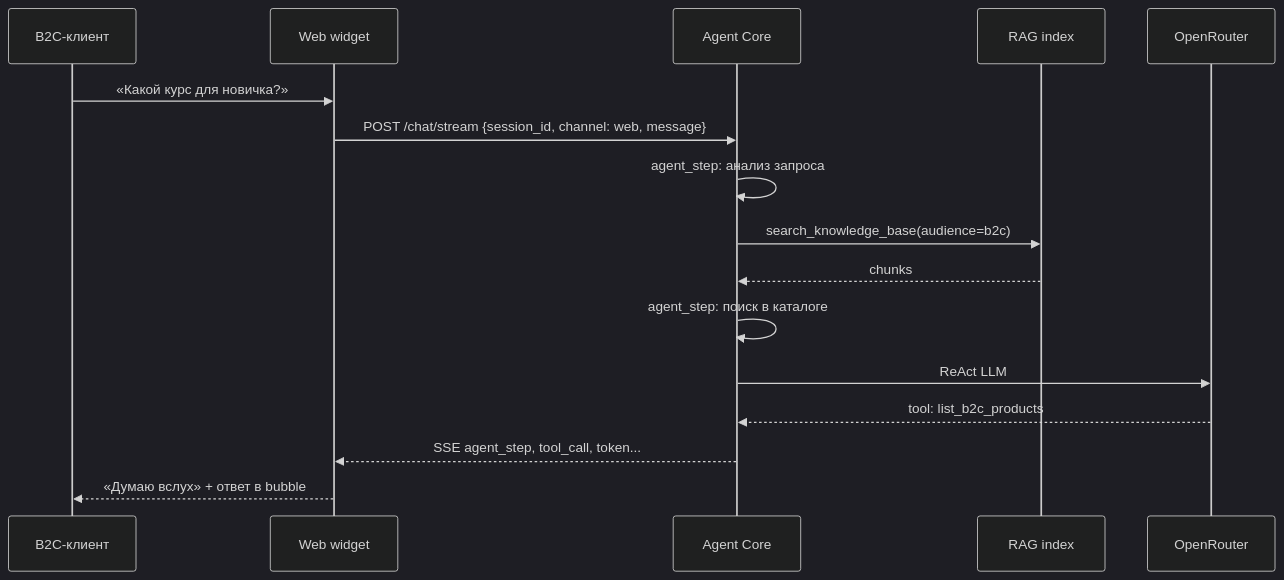
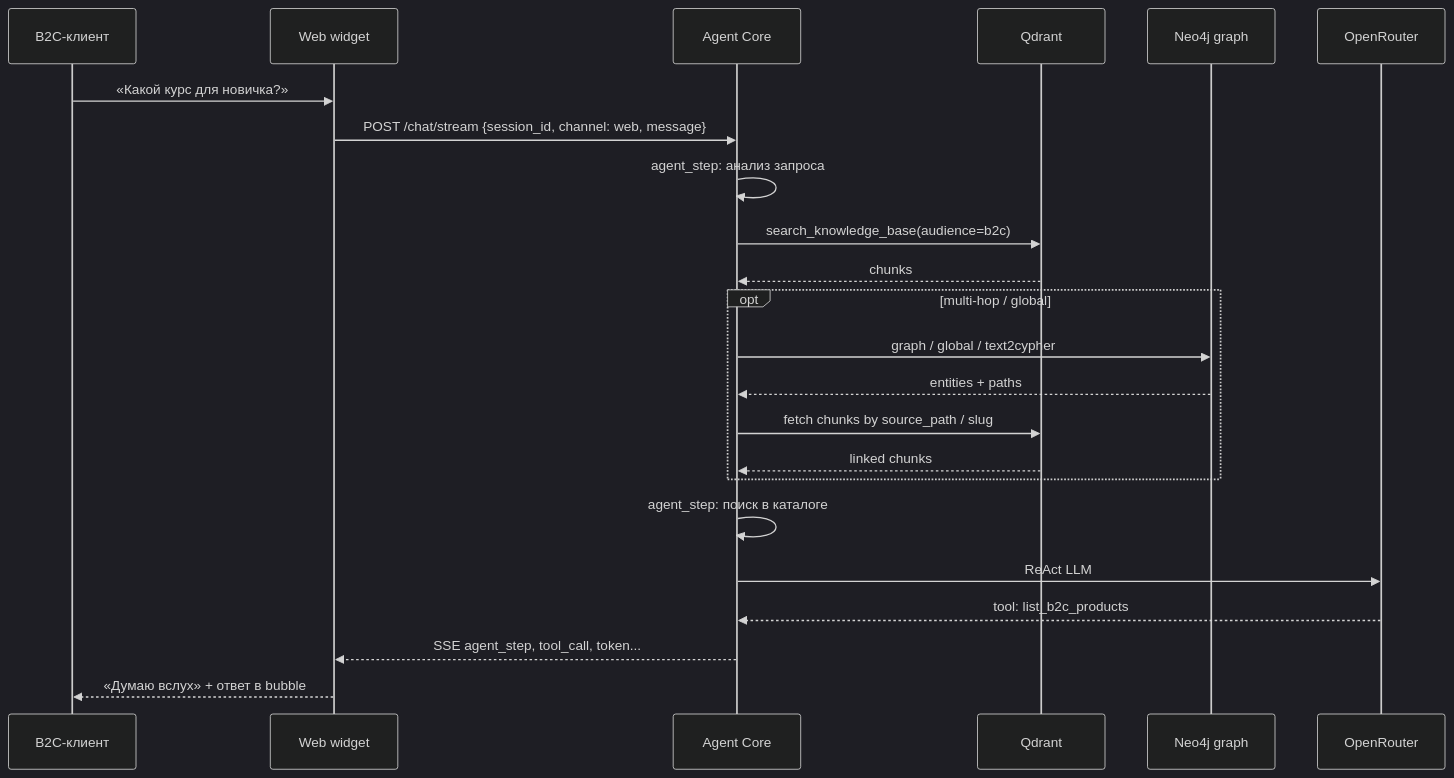
Before and after one commit to apfisenko/Deep-Agents-Live: the second of 8 diagrams in Docs/concept/architecture.md, drawn with Mermaid (dark theme). The commit also changed other lines of this file and 96 other files, not shown here.

````diff
--- a/Docs/concept/architecture.md
+++ b/Docs/concept/architecture.md
@@ -98,19 +108,26 @@
 ```mermaid
 sequenceDiagram
     participant U as B2C-клиент
     participant W as Web widget
     participant B as Agent Core
-    participant R as RAG index
+    participant Q as Qdrant
+    participant G as Neo4j graph
     participant L as OpenRouter
 
     U->>W: «Какой курс для новичка?»
     W->>B: POST /chat/stream {session_id, channel: web, message}
     B->>B: agent_step: анализ запроса
-    B->>R: search_knowledge_base(audience=b2c)
-    R-->>B: chunks
+    B->>Q: search_knowledge_base(audience=b2c)
+    Q-->>B: chunks
+    opt multi-hop / global
+        B->>G: graph / global / text2cypher
+        G-->>B: entities + paths
+        B->>Q: fetch chunks by source_path / slug
+        Q-->>B: linked chunks
+    end
     B->>B: agent_step: поиск в каталоге
     B->>L: ReAct LLM
     L-->>B: tool: list_b2c_products
     B-->>W: SSE agent_step, tool_call, token...
     W-->>U: «Думаю вслух» + ответ в bubble
 ```
````
